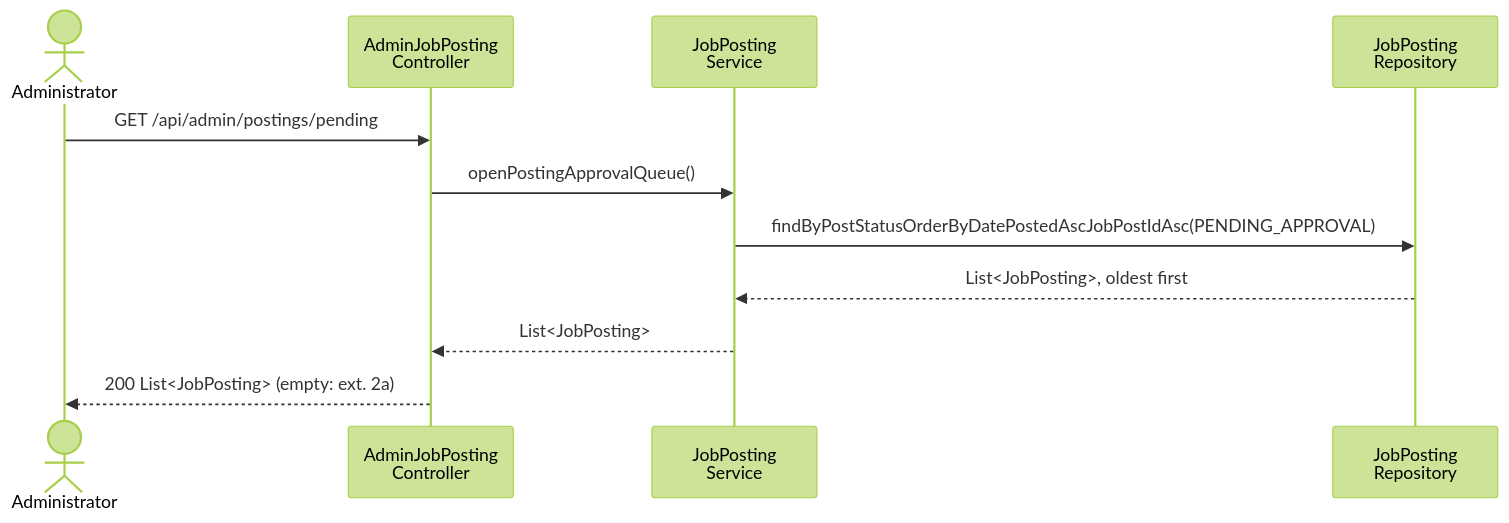
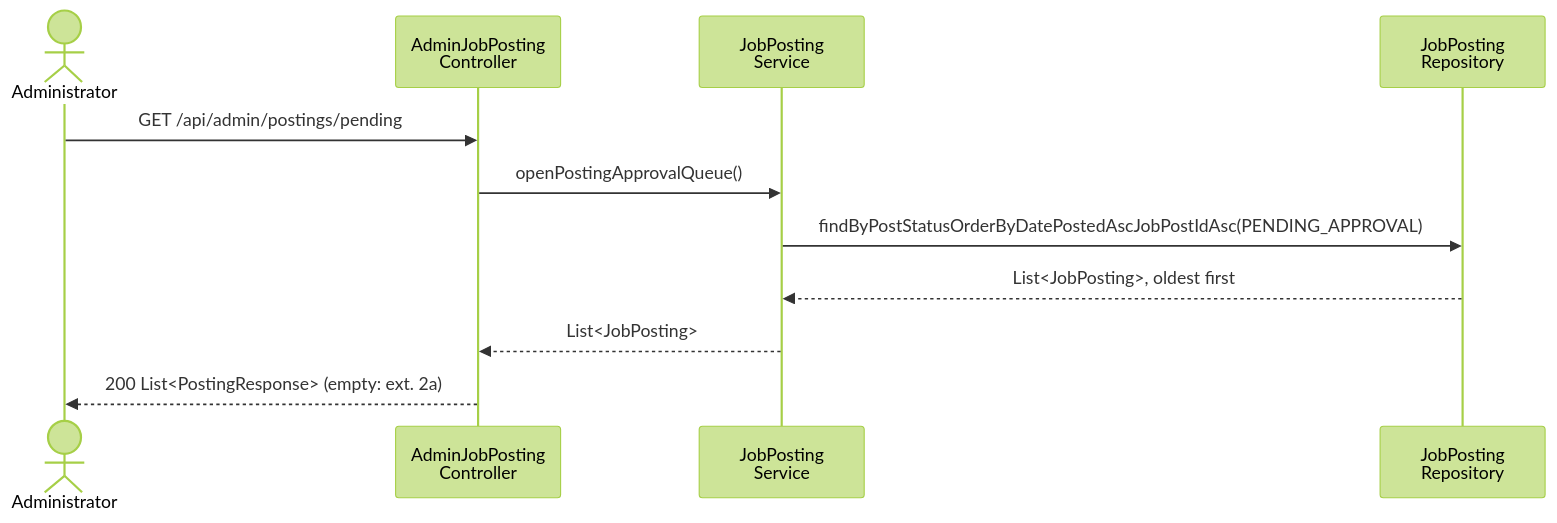
One commit to berdyshevol/careerbridge-csi5324 changed diagram 13 of 17 in spec/design.md. Above: the diagram before and after it, drawn with Mermaid (forest theme). The commit also changed other lines of this file and 5 other files, not shown here.

First line of the commit message:
SCRUM-262 Recruiter and administrator posting answers go through PostingResponse

````diff
--- a/spec/design.md
+++ b/spec/design.md
@@ -665,14 +665,14 @@
 ```mermaid
 sequenceDiagram
     actor A as Administrator
     participant AC as AdminJobPosting<br/>Controller
     participant JS as JobPosting<br/>Service
     participant JR as JobPosting<br/>Repository
 
     A->>AC: GET /api/admin/postings/pending
     AC->>JS: openPostingApprovalQueue()
     JS->>JR: findByPostStatusOrderByDatePostedAscJobPostIdAsc(PENDING_APPROVAL)
     JR-->>JS: List<JobPosting>, oldest first
     JS-->>AC: List<JobPosting>
-    AC-->>A: 200 List<JobPosting> (empty: ext. 2a)
+    AC-->>A: 200 List<PostingResponse> (empty: ext. 2a)
 ```
````
